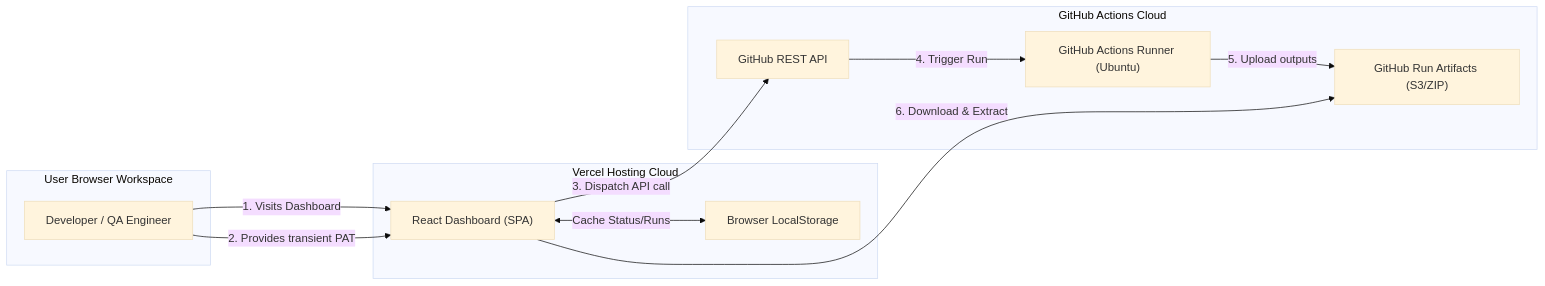
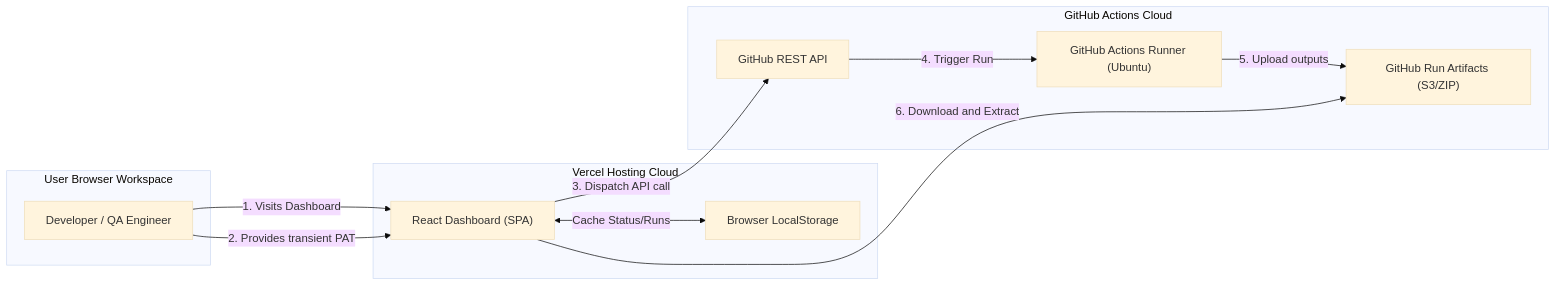
One commit to 01mayankk/Enterprise-QA-Automation-Framework changed the diagram in docs/DeploymentGuide.md. Above: the diagram before and after it, drawn with Mermaid (base theme). The commit also changed 3 other files, not shown here.

Commit message:
docs: fix Mermaid syntax errors in documentation diagrams

````diff
--- a/docs/DeploymentGuide.md
+++ b/docs/DeploymentGuide.md
@@ -113,25 +113,25 @@
 ```mermaid
 graph LR
     subgraph Vercel [Vercel Hosting Cloud]
         Dashboard["React Dashboard (SPA)"]
         Cache["Browser LocalStorage"]
         Dashboard <-->|Cache Status/Runs| Cache
     end
 
     subgraph GitHub [GitHub Actions Cloud]
         GHAPI["GitHub REST API"]
         Runner["GitHub Actions Runner (Ubuntu)"]
         Artifacts["GitHub Run Artifacts (S3/ZIP)"]
     end
 
     subgraph UserSpace [User Browser Workspace]
         User["Developer / QA Engineer"]
         User -->|1. Visits Dashboard| Dashboard
         User -->|2. Provides transient PAT| Dashboard
     end
 
     Dashboard -->|3. Dispatch API call| GHAPI
     GHAPI -->|4. Trigger Run| Runner
     Runner -->|5. Upload outputs| Artifacts
-    Dashboard -->|6. Download & Extract| Artifacts
+    Dashboard -->|6. Download and Extract| Artifacts
 ```
````
